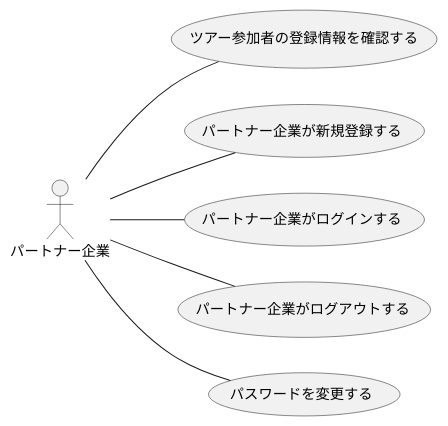
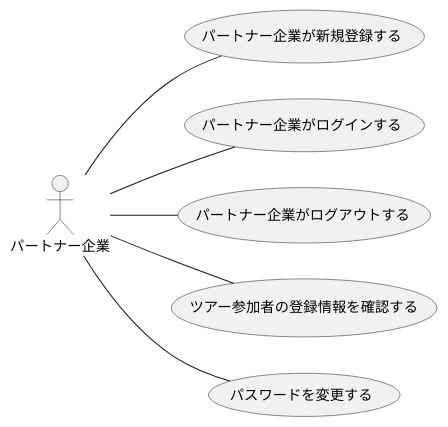
The first of 2 diagrams in F_usecase_client.plantuml (ksw2270227/GroupF), drawn with PlantUML before and after one commit. The commit also changed other lines of this file and 2 other files, not shown here.

```diff
--- a/F_usecase_client.plantuml
+++ b/F_usecase_client.plantuml
@@ -1,10 +1,10 @@
 @startuml パートナー企業_usecase(1)
 left to right direction
 actor パートナー企業
 
-パートナー企業 -- (ツアー参加者の登録情報を確認する)
 パートナー企業 -- (パートナー企業が新規登録する)
 パートナー企業 -- (パートナー企業がログインする)
 パートナー企業 -- (パートナー企業がログアウトする)
+パートナー企業 -- (ツアー参加者の登録情報を確認する)
 パートナー企業 -- (パスワードを変更する)
 @enduml
```
